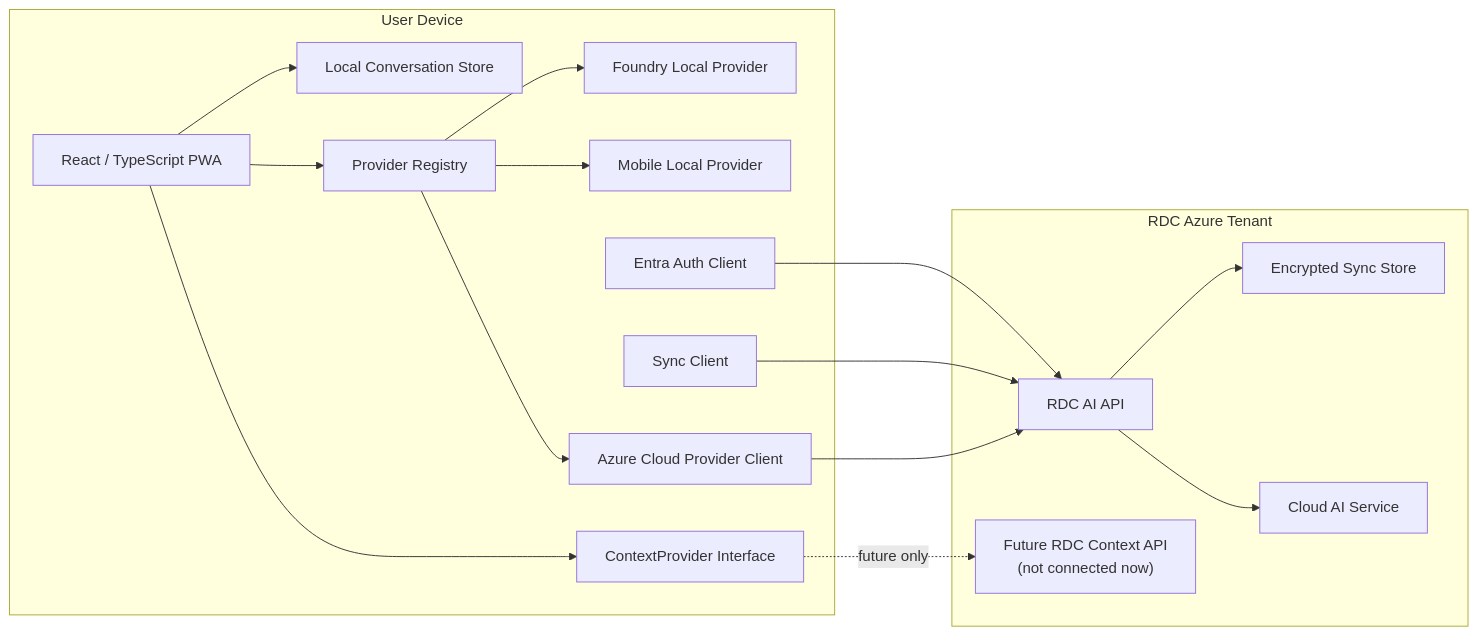
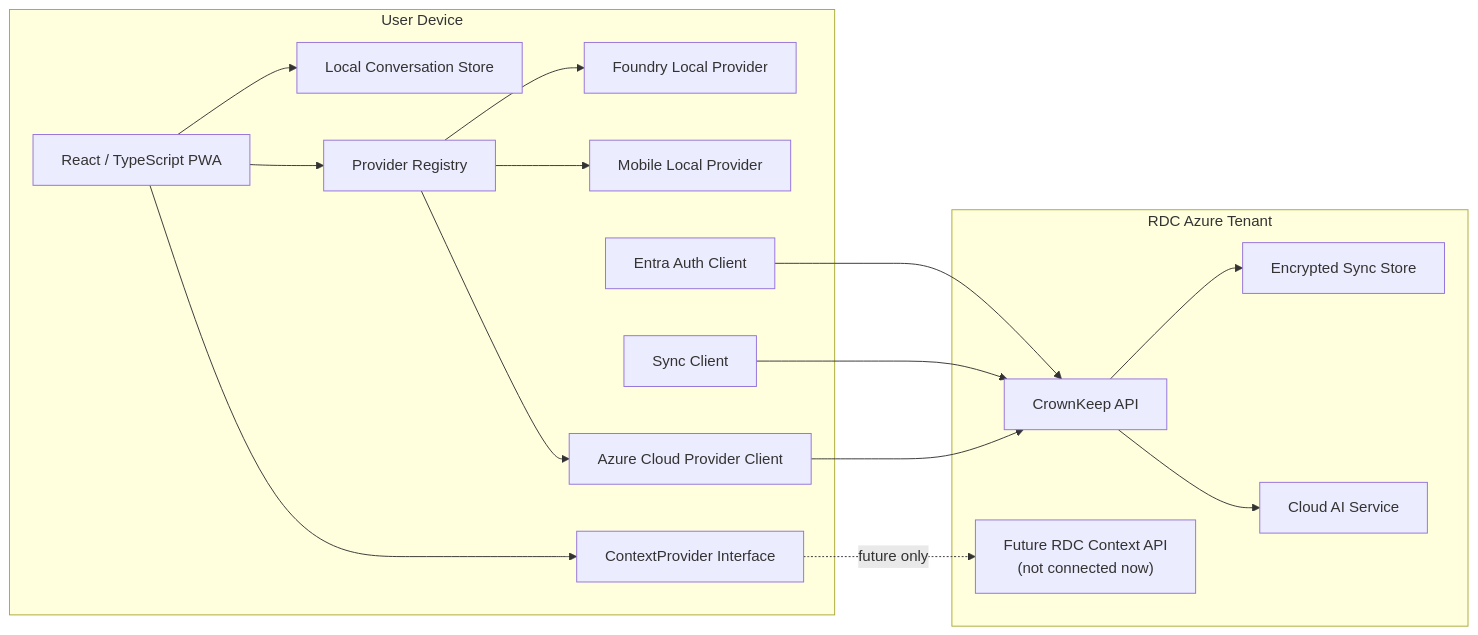
The diagram in docs/ARCHITECTURE.md (dakROLO/rdc-ai), drawn with Mermaid before and after one commit. The commit also changed other lines of this file, not shown here.

Commit message:
docs: align architecture naming with CrownKeep

````diff
--- a/docs/ARCHITECTURE.md
+++ b/docs/ARCHITECTURE.md
@@ -5,36 +5,36 @@
 ```mermaid
 flowchart LR
     subgraph Device["User Device"]
         UI["React / TypeScript PWA"]
         DB["Local Conversation Store"]
         PR["Provider Registry"]
         FL["Foundry Local Provider"]
         WL["Mobile Local Provider"]
         AF["Azure Cloud Provider Client"]
         SY["Sync Client"]
         AU["Entra Auth Client"]
         CP["ContextProvider Interface"]
     end
 
     subgraph Azure["RDC Azure Tenant"]
-        API["RDC AI API"]
+        API["CrownKeep API"]
         SS["Encrypted Sync Store"]
         CAI["Cloud AI Service"]
         FCTX["Future RDC Context API\n(not connected now)"]
     end
 
     UI --> DB
     UI --> PR
     PR --> FL
     PR --> WL
     PR --> AF
     UI --> CP
 
     AU --> API
     SY --> API
     AF --> API
     API --> SS
     API --> CAI
 
     CP -. future only .-> FCTX
 ```
````
